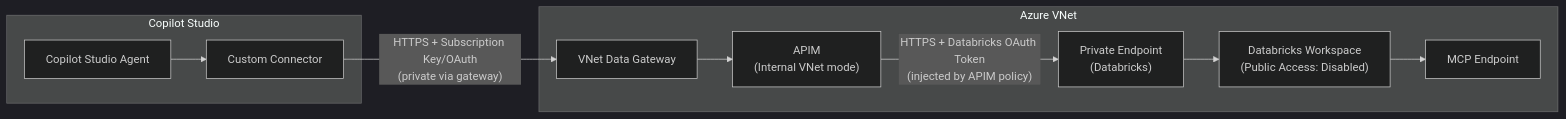
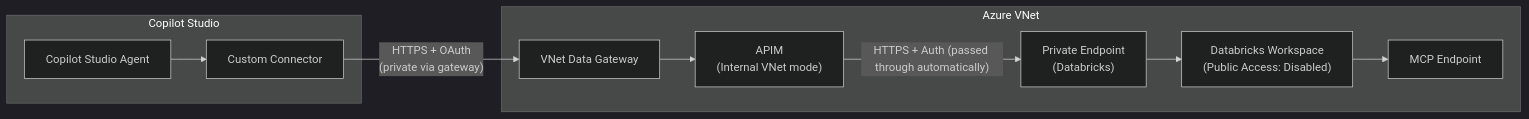
The diagram in docs/20-patterns/connectivity/pattern-private-via-apim.md (briangre/CopilotStudioVirtualNetworking), drawn with Mermaid (dark theme) before and after one commit. The commit also changed other lines of this file and 7 other files, not shown here.

First line of the commit message:
docs: clarify APIM auth pass-through and mark PAT as untested (#15)

````diff
--- a/docs/20-patterns/connectivity/pattern-private-via-apim.md
+++ b/docs/20-patterns/connectivity/pattern-private-via-apim.md
@@ -9,20 +9,20 @@
 ```mermaid
 flowchart LR
     subgraph PowerPlatform["Copilot Studio"]
         agent["Copilot Studio Agent"]
         connector["Custom Connector"]
     end
     subgraph Azure["Azure VNet"]
         gateway["VNet Data Gateway"]
         apim["APIM\n(Internal VNet mode)"]
         pe["Private Endpoint\n(Databricks)"]
         dbx["Databricks Workspace\n(Public Access: Disabled)"]
         mcp["MCP Endpoint"]
     end
     agent --> connector
-    connector -- "HTTPS + Subscription Key/OAuth\n(private via gateway)" --> gateway
+    connector -- "HTTPS + OAuth\n(private via gateway)" --> gateway
     gateway --> apim
-    apim -- "HTTPS + Databricks OAuth Token\n(injected by APIM policy)" --> pe
+    apim -- "HTTPS + Auth (passed through automatically)" --> pe
     pe --> dbx
     dbx --> mcp
 ```
````
